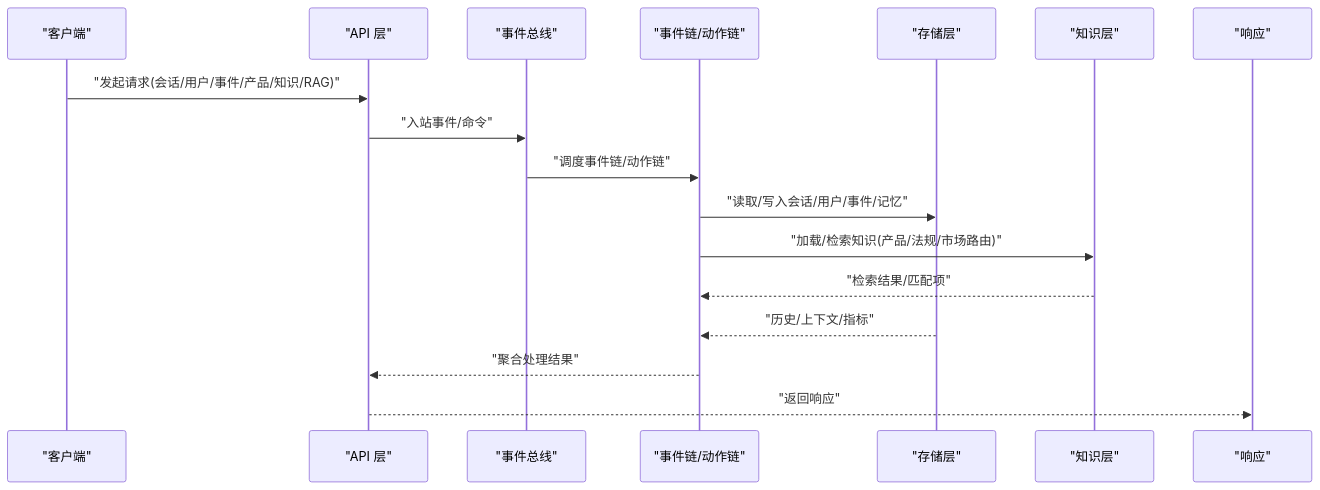
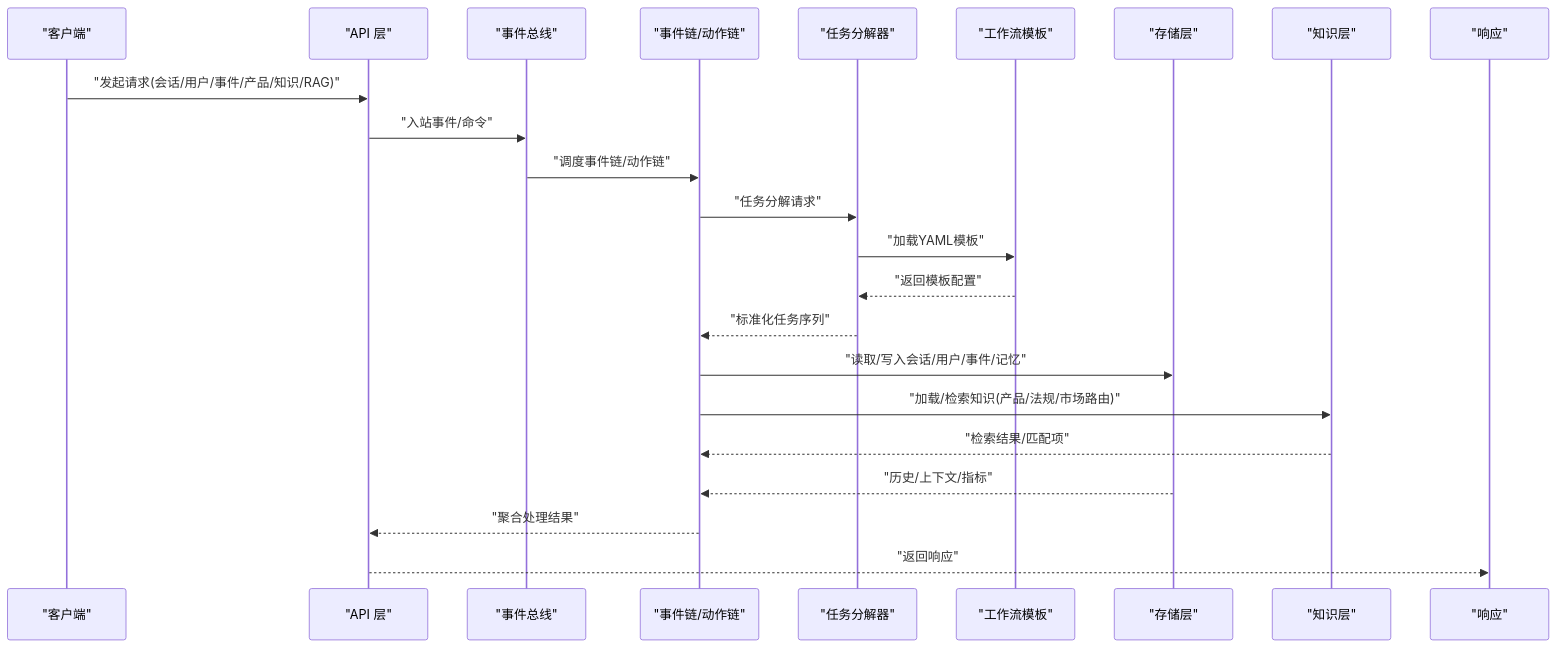
One commit to angledick/- changed the second of 9 diagrams in .qoder/repowiki/zh/content/系统架构/数据流设计/数据流设计.md. Above: the diagram before and after it, drawn with Mermaid. The commit also changed other lines of this file and 770 other files, not shown here.

````diff
--- a/.qoder/repowiki/zh/content/系统架构/数据流设计/数据流设计.md
+++ b/.qoder/repowiki/zh/content/系统架构/数据流设计/数据流设计.md
@@ -196,19 +222,25 @@
 ```mermaid
 sequenceDiagram
 participant Client as "客户端"
 participant API as "API 层"
 participant Bus as "事件总线"
 participant Chain as "事件链/动作链"
+participant Decomposer as "任务分解器"
+participant Templates as "工作流模板"
 participant Store as "存储层"
 participant Know as "知识层"
 participant Out as "响应"
 Client->>API : "发起请求(会话/用户/事件/产品/知识/RAG)"
 API->>Bus : "入站事件/命令"
 Bus->>Chain : "调度事件链/动作链"
+Chain->>Decomposer : "任务分解请求"
+Decomposer->>Templates : "加载YAML模板"
+Templates-->>Decomposer : "返回模板配置"
+Decomposer-->>Chain : "标准化任务序列"
 Chain->>Store : "读取/写入会话/用户/事件/记忆"
 Chain->>Know : "加载/检索知识(产品/法规/市场路由)"
 Know-->>Chain : "检索结果/匹配项"
 Store-->>Chain : "历史/上下文/指标"
 Chain-->>API : "聚合处理结果"
 API-->>Out : "返回响应"
 ```
````
